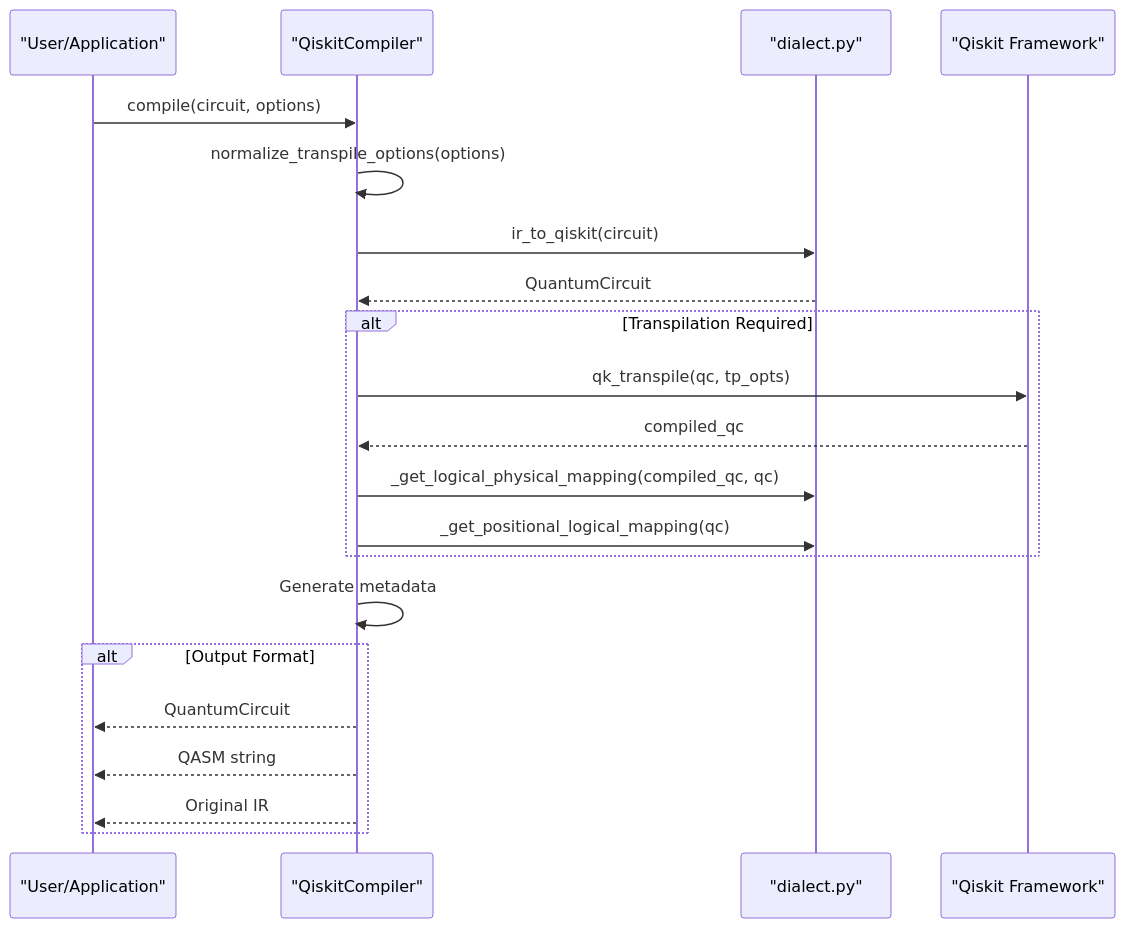
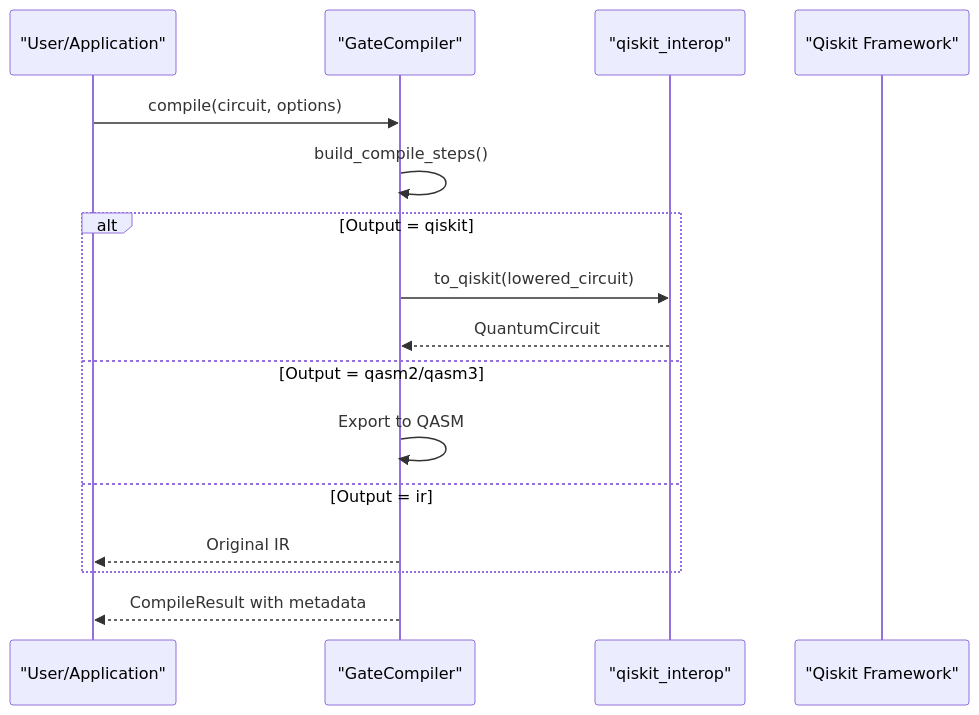
Before and after one commit to QureGenAI-Biotech/TyxonQ: the third of 6 diagrams in .qoder/repowiki/en/content/Backend Compilers/Qiskit Compiler.md, drawn with Mermaid. The commit also changed other lines of this file and 516 other files, not shown here.

````diff
--- a/.qoder/repowiki/en/content/Backend Compilers/Qiskit Compiler.md
+++ b/.qoder/repowiki/en/content/Backend Compilers/Qiskit Compiler.md
@@ -89,23 +97,18 @@
 ```mermaid
 sequenceDiagram
 participant User as "User/Application"
-participant QiskitCompiler as "QiskitCompiler"
-participant Dialect as "dialect.py"
+participant GateCompiler as "GateCompiler"
+participant QiskitInterop as "qiskit_interop"
 participant Qiskit as "Qiskit Framework"
-User->>QiskitCompiler : compile(circuit, options)
-QiskitCompiler->>QiskitCompiler : normalize_transpile_options(options)
-QiskitCompiler->>Dialect : ir_to_qiskit(circuit)
-Dialect-->>QiskitCompiler : QuantumCircuit
-alt Transpilation Required
-QiskitCompiler->>Qiskit : qk_transpile(qc, tp_opts)
-Qiskit-->>QiskitCompiler : compiled_qc
-QiskitCompiler->>Dialect : _get_logical_physical_mapping(compiled_qc, qc)
-QiskitCompiler->>Dialect : _get_positional_logical_mapping(qc)
+User->>GateCompiler : compile(circuit, options)
+GateCompiler->>GateCompiler : build_compile_steps()
+alt Output = qiskit
+GateCompiler->>QiskitInterop : to_qiskit(lowered_circuit)
+QiskitInterop-->>GateCompiler : QuantumCircuit
+else Output = qasm2/qasm3
+GateCompiler->>GateCompiler : Export to QASM
+else Output = ir
+GateCompiler-->>User : Original IR
 end
-QiskitCompiler->>QiskitCompiler : Generate metadata
-alt Output Format
-QiskitCompiler-->>User : QuantumCircuit
-QiskitCompiler-->>User : QASM string
-QiskitCompiler-->>User : Original IR
-end
+GateCompiler-->>User : CompileResult with metadata
 ```
````
